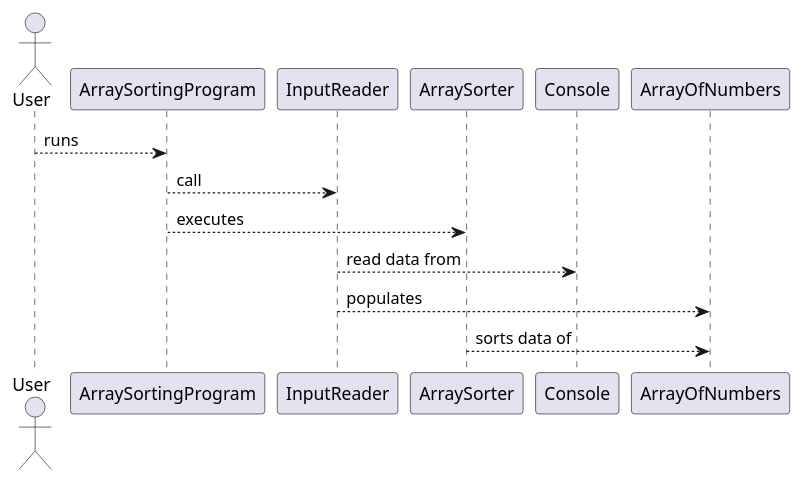
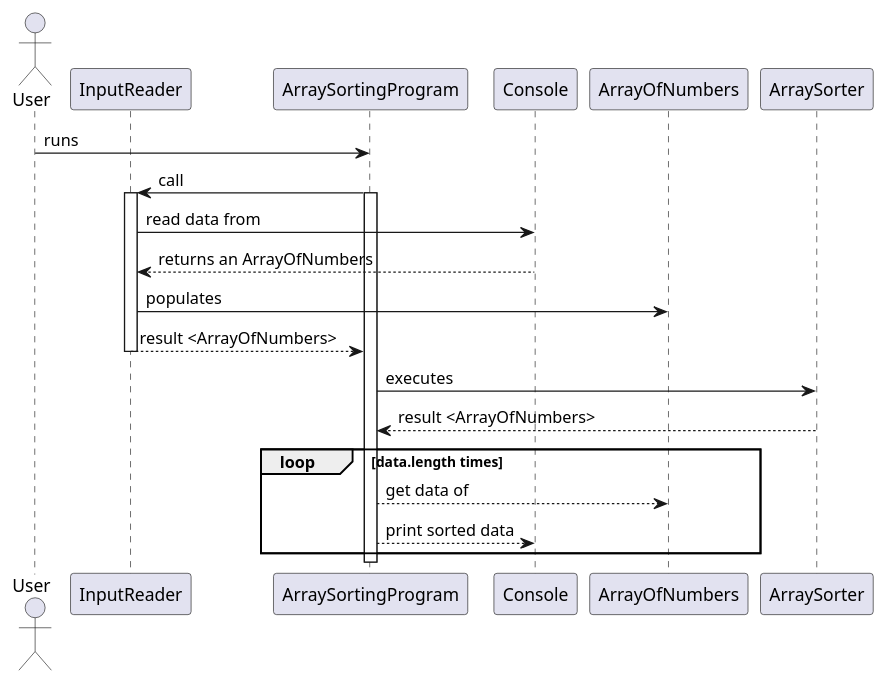
Before and after one commit to isidrolv/programming-exercises: the diagram in array-sorting-seq.puml, drawn with PlantUML. The commit also changed 11 other files, not shown here.

```diff
--- a/array-sorting-seq.puml
+++ b/array-sorting-seq.puml
@@ -1,11 +1,21 @@
 @startuml
 actor User
+participant InputReader 
 
-User --> ArraySortingProgram : runs
-ArraySortingProgram --> InputReader : call
-ArraySortingProgram --> ArraySorter : executes
-InputReader --> Console : read data from
-InputReader --> ArrayOfNumbers : populates
-ArraySorter --> ArrayOfNumbers : sorts data of
-
+User -> ArraySortingProgram : runs
+ArraySortingProgram -> InputReader : call
+activate ArraySortingProgram
+	activate InputReader
+		InputReader -> Console : read data from
+		InputReader <-- Console : returns an ArrayOfNumbers	
+		InputReader -> ArrayOfNumbers : populates
+		ArraySortingProgram <-- InputReader : result <ArrayOfNumbers>
+	deactivate InputReader
+	ArraySortingProgram -> ArraySorter : executes
+	ArraySortingProgram <-- ArraySorter : result <ArrayOfNumbers>
+	loop data.length times
+		ArraySortingProgram --> ArrayOfNumbers : get data of
+		ArraySortingProgram --> Console : print sorted data
+	end
+deactivate ArraySortingProgram
 @enduml
```
